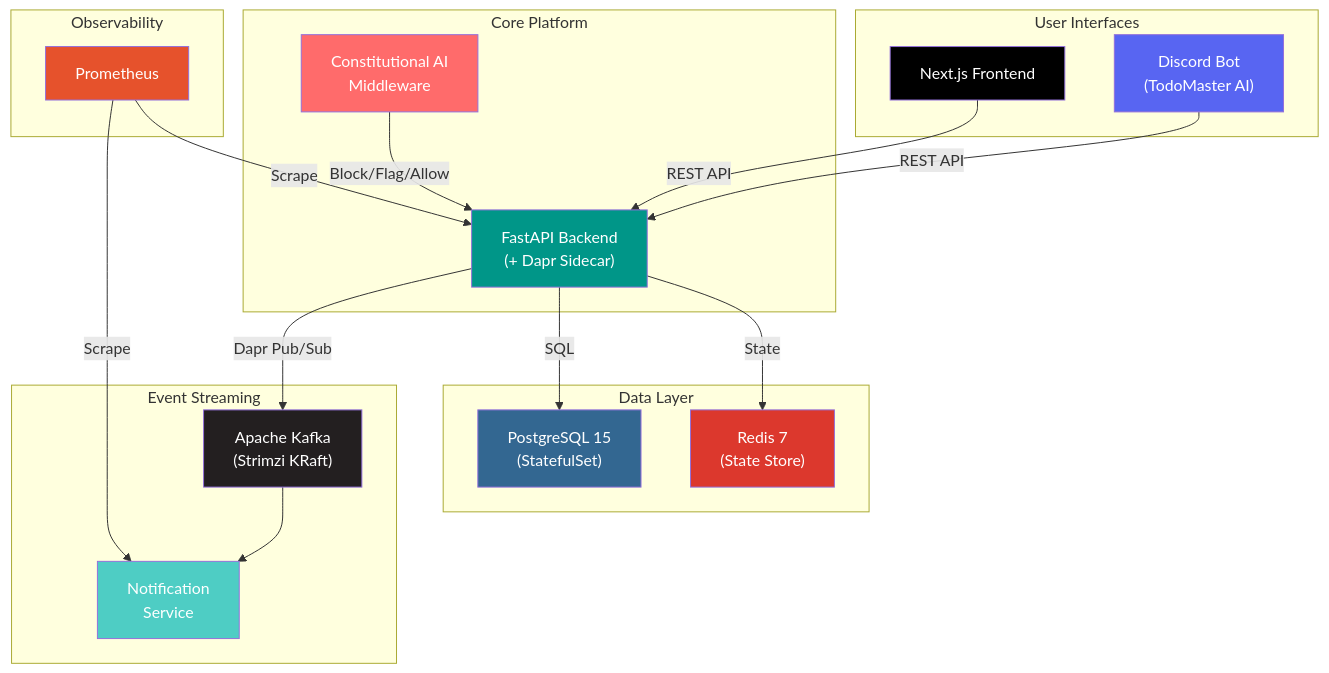
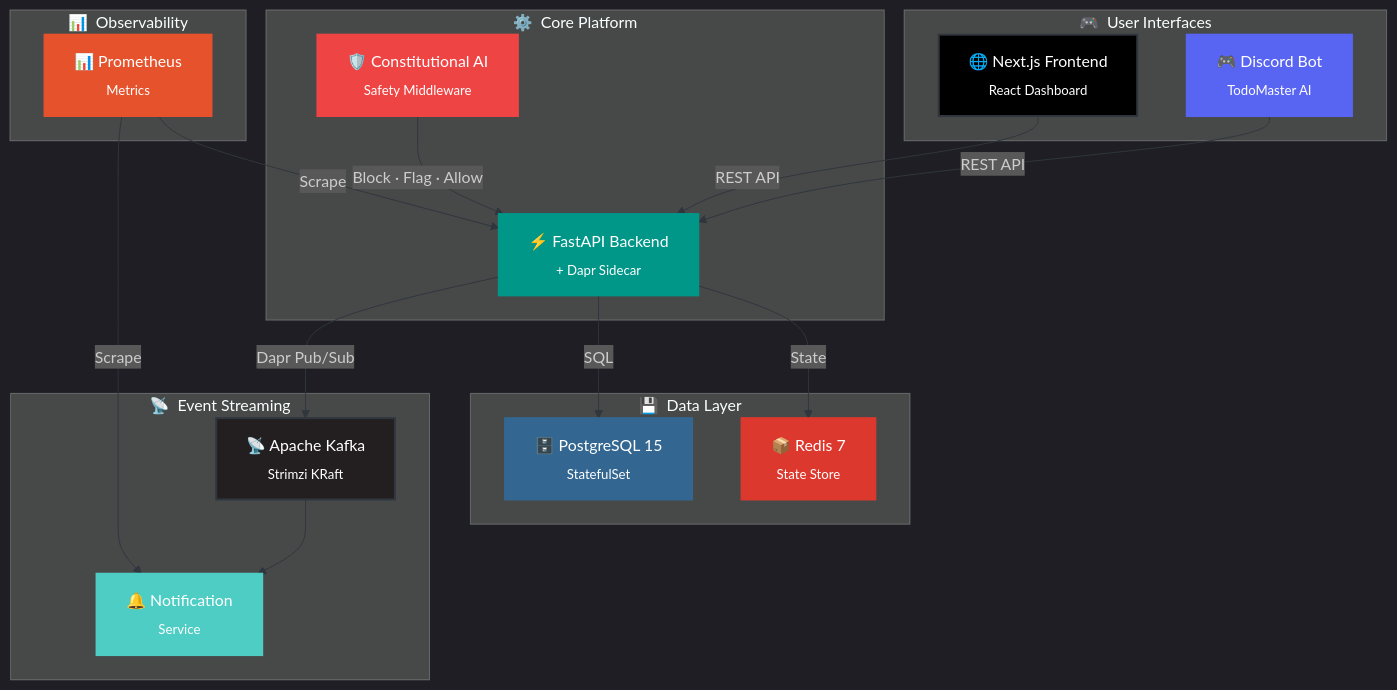
One commit to asadullah48/asadullah48 changed the first of 2 diagrams in README.md. Above: the diagram before and after it, drawn with Mermaid. The commit also changed other lines of this file and 2 other files, not shown here.

````diff
--- a/README.md
+++ b/README.md
@@ -105,42 +163,47 @@
 ```mermaid
+%%{init: {'theme': 'dark', 'themeVariables': {'primaryColor': '#1f6feb', 'primaryTextColor': '#e6edf3', 'lineColor': '#30363d', 'secondaryColor': '#161b22', 'tertiaryColor': '#0d1117'}}}%%
 graph TD
-    subgraph "User Interfaces"
-        A["Discord Bot<br/>(TodoMaster AI)"]
-        C["Next.js Frontend"]
+    subgraph "🎮 &nbsp;User Interfaces"
+        A["🎮 Discord Bot<br/><sub>TodoMaster AI</sub>"]
+        C["🌐 Next.js Frontend<br/><sub>React Dashboard</sub>"]
     end
-    subgraph "Core Platform"
-        B["FastAPI Backend<br/>(+ Dapr Sidecar)"]
-        I["Constitutional AI<br/>Middleware"]
+
+    subgraph "⚙️ &nbsp;Core Platform"
+        B["⚡ FastAPI Backend<br/><sub>+ Dapr Sidecar</sub>"]
+        I["🛡️ Constitutional AI<br/><sub>Safety Middleware</sub>"]
     end
-    subgraph "Data Layer"
-        D["PostgreSQL 15<br/>(StatefulSet)"]
-        H["Redis 7<br/>(State Store)"]
+
+    subgraph "💾 &nbsp;Data Layer"
+        D["🗄️ PostgreSQL 15<br/><sub>StatefulSet</sub>"]
+        H["📦 Redis 7<br/><sub>State Store</sub>"]
     end
-    subgraph "Event Streaming"
-        E["Apache Kafka<br/>(Strimzi KRaft)"]
-        F["Notification<br/>Service"]
+
+    subgraph "📡 &nbsp;Event Streaming"
+        E["📡 Apache Kafka<br/><sub>Strimzi KRaft</sub>"]
+        F["🔔 Notification<br/><sub>Service</sub>"]
     end
-    subgraph "Observability"
-        G["Prometheus"]
+
+    subgraph "📊 &nbsp;Observability"
+        G["📊 Prometheus<br/><sub>Metrics</sub>"]
     end
-    
+
     A -->|REST API| B
     C -->|REST API| B
-    I -->|Block/Flag/Allow| B
+    I -->|Block · Flag · Allow| B
     B -->|SQL| D
     B -->|State| H
     B -->|Dapr Pub/Sub| E
     E --> F
     G -->|Scrape| B
     G -->|Scrape| F
-    
-    style A fill:#5865F2,color:#fff
-    style C fill:#000000,color:#fff
-    style B fill:#009688,color:#fff
-    style I fill:#ff6b6b,color:#fff
-    style D fill:#336791,color:#fff
-    style H fill:#DC382D,color:#fff
-    style E fill:#231f20,color:#fff
-    style F fill:#4ECDC4,color:#fff
-    style G fill:#e6522c,color:#fff
+
+    style A fill:#5865F2,color:#fff,stroke:#5865F2,stroke-width:2px
+    style C fill:#000000,color:#fff,stroke:#30363d,stroke-width:2px
+    style B fill:#009688,color:#fff,stroke:#009688,stroke-width:2px
+    style I fill:#EF4444,color:#fff,stroke:#EF4444,stroke-width:2px
+    style D fill:#336791,color:#fff,stroke:#336791,stroke-width:2px
+    style H fill:#DC382D,color:#fff,stroke:#DC382D,stroke-width:2px
+    style E fill:#231f20,color:#fff,stroke:#30363d,stroke-width:2px
+    style F fill:#4ECDC4,color:#fff,stroke:#4ECDC4,stroke-width:2px
+    style G fill:#e6522c,color:#fff,stroke:#e6522c,stroke-width:2px
 ```
````
